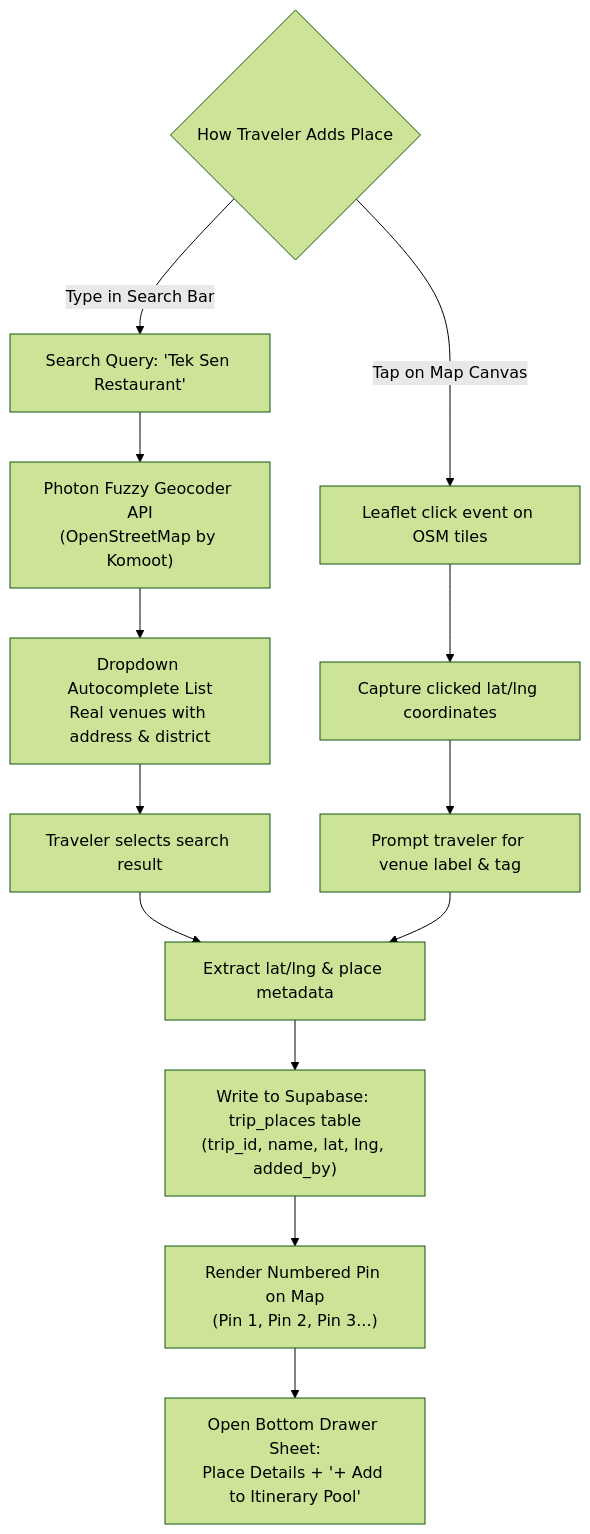
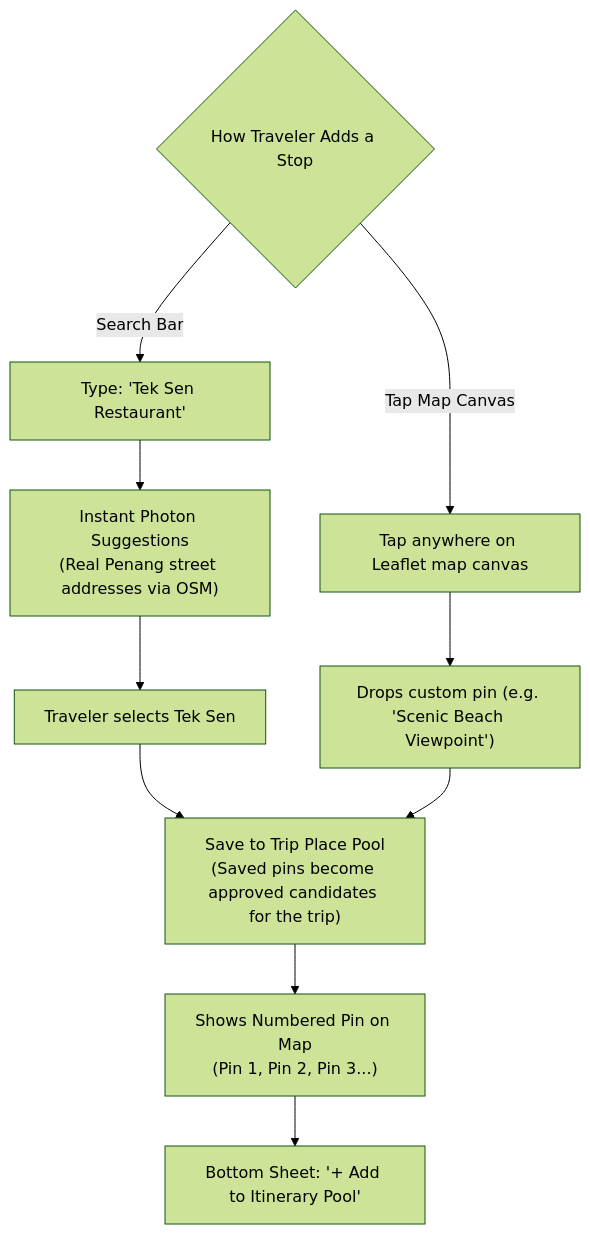
One commit to nlzce/We-are-the-champions_Plan-B changed the sixth of 14 diagrams in README.md. Above: the diagram before and after it, drawn with Mermaid (forest theme). The commit also changed other lines of this file, not shown here.

Commit message:
docs: simplify diagrams and narrative into plain, human-readable user flows while preserving tech stack

````diff
--- a/README.md
+++ b/README.md
@@ -343,19 +225,17 @@
 ```mermaid
 flowchart TD
-  UserAction{"How Traveler Adds Place"}
+  HowToAdd{"How Traveler Adds a Stop"}
 
-  UserAction -->|Type in Search Bar| SearchInput["Search Query: 'Tek Sen Restaurant'"]
-  SearchInput --> PhotonAPI["Photon Fuzzy Geocoder API<br/>(OpenStreetMap by Komoot)"]
-  PhotonAPI --> AutocompleteList["Dropdown Autocomplete List<br/>Real venues with address & district"]
-  AutocompleteList --> SelectResult["Traveler selects search result"]
-  SelectResult --> ExtractCoords["Extract lat/lng & place metadata"]
+  HowToAdd -->|Search Bar| TypeSearch["Type: 'Tek Sen Restaurant'"]
+  TypeSearch --> AutoList["Instant Photon Suggestions<br/>(Real Penang street addresses via OSM)"]
+  AutoList --> PickOne["Traveler selects Tek Sen"]
 
-  UserAction -->|Tap on Map Canvas| MapClick["Leaflet click event on OSM tiles"]
-  MapClick --> ClickCoords["Capture clicked lat/lng coordinates"]
-  ClickCoords --> PromptName["Prompt traveler for venue label & tag"]
-  PromptName --> ExtractCoords
+  HowToAdd -->|Tap Map Canvas| TapMap["Tap anywhere on Leaflet map canvas"]
+  TapMap --> CustomPin["Drops custom pin (e.g. 'Scenic Beach Viewpoint')"]
 
-  ExtractCoords --> SaveDB["Write to Supabase: trip_places table<br/>(trip_id, name, lat, lng, added_by)"]
-  SaveDB --> RenderMap["Render Numbered Pin on Map<br/>(Pin 1, Pin 2, Pin 3...)"]
-  RenderMap --> Drawer["Open Bottom Drawer Sheet:<br/>Place Details + '+ Add to Itinerary Pool'"]
+  PickOne --> SavePool["Save to Trip Place Pool<br/>(Saved pins become approved candidates for the trip)"]
+  CustomPin --> SavePool
+
+  SavePool --> RenderPin["Shows Numbered Pin on Map<br/>(Pin 1, Pin 2, Pin 3...)"]
+  RenderPin --> AddDrawer["Bottom Sheet: '+ Add to Itinerary Pool'"]
 ```
````
